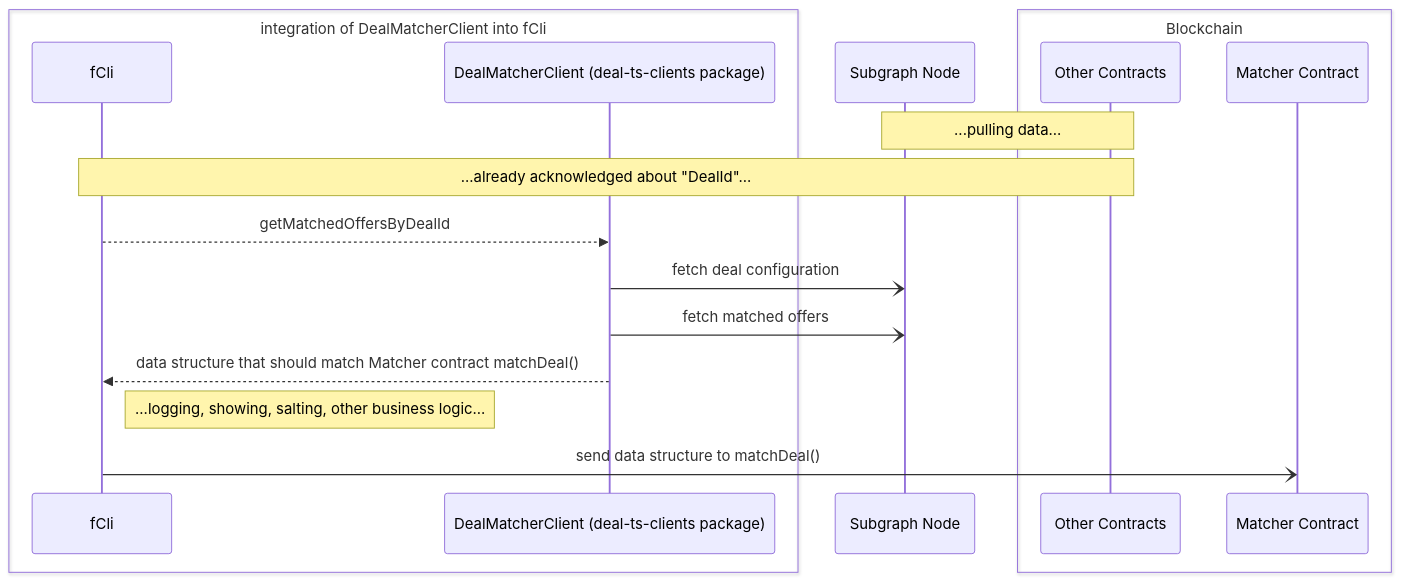
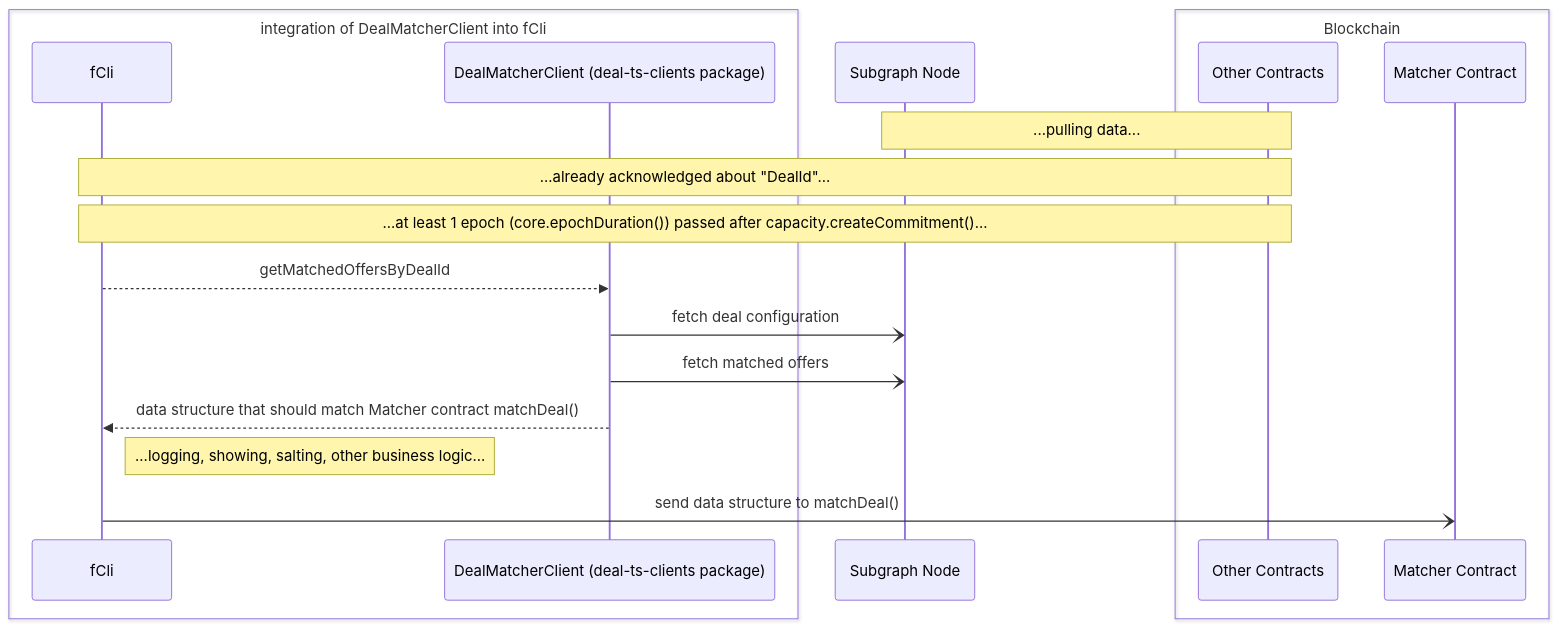
The diagram in ts-client/README.md (fluencelabs/deal), drawn with Mermaid before and after one commit.

Commit message:
bum readme scheme

````diff
--- a/ts-client/README.md
+++ b/ts-client/README.md
@@ -29,23 +29,24 @@
 ```mermaid
 sequenceDiagram
 
     box integration of DealMatcherClient into fCli
         participant fCli
         participant newClient as DealMatcherClient (deal-ts-clients package)
     end
     participant indexer as Subgraph Node
     box Blockchain
         participant Other Contracts
         participant matcher as Matcher Contract
     end
 
     Note over indexer,Other Contracts: ...pulling data...
     Note over fCli,Other Contracts: ...already acknowledged about "DealId"...
+    Note over fCli,Other Contracts: ...at least 1 epoch (core.epochDuration()) passed after capacity.createCommitment()...
     
     fCli -->> newClient: getMatchedOffersByDealId
     newClient -) indexer: fetch deal configuration
     newClient -) indexer: fetch matched offers
     newClient -->> fCli: data structure that should match Matcher contract matchDeal()
     Note right of fCli: ...logging, showing, salting, other business logic...
     fCli -) matcher: send data structure to matchDeal()
 ```
````
